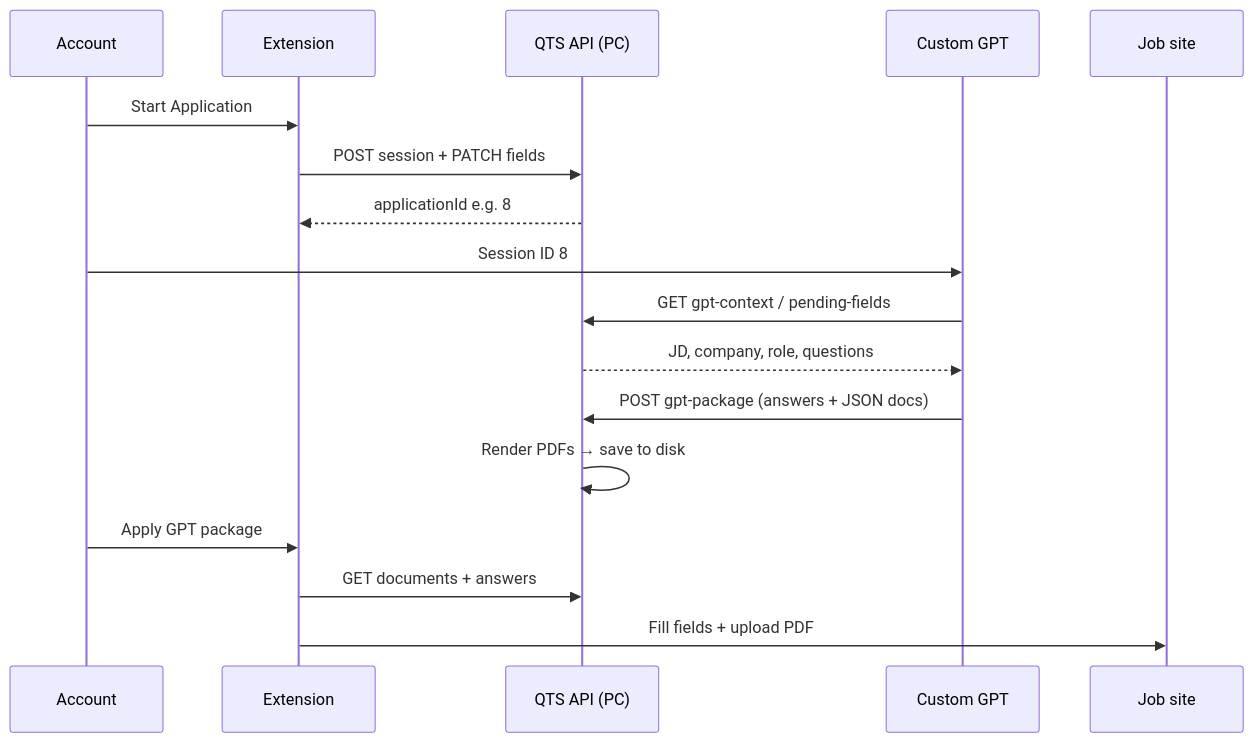
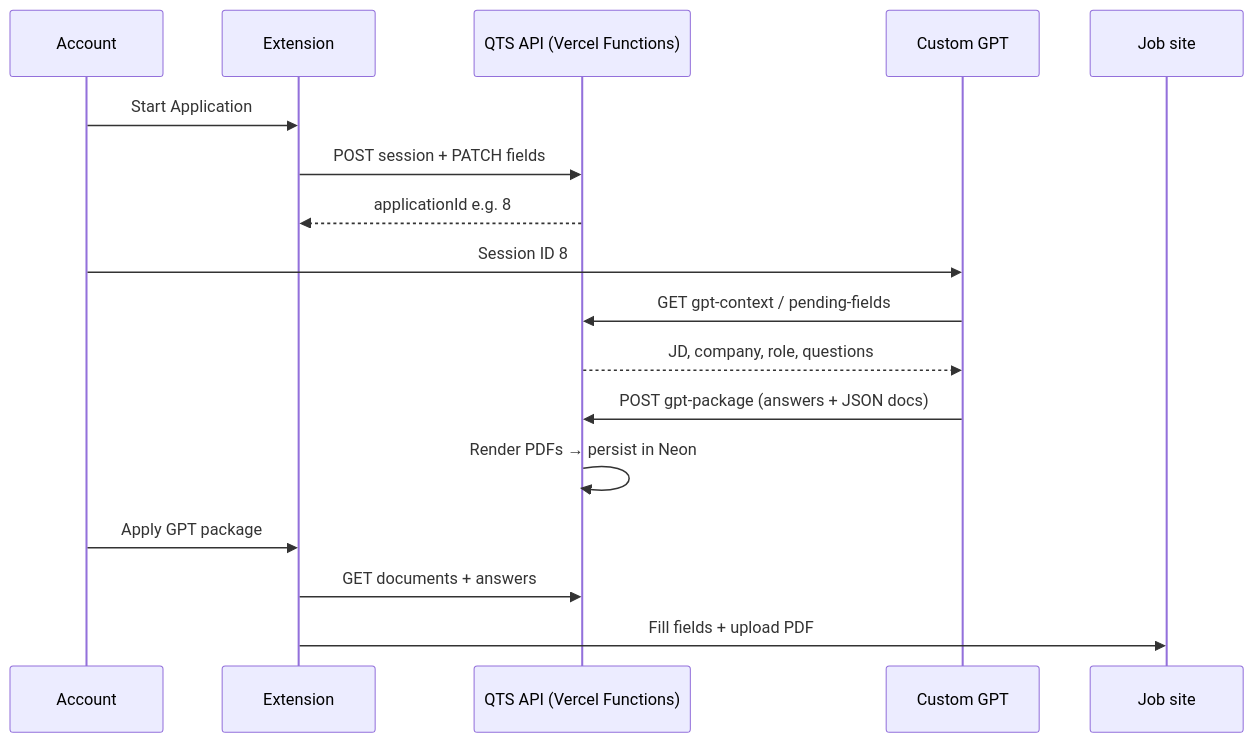
The diagram in QTS-JOB-TRACKING-CUSTOM-GPT-GUIDE.md (passion-programmar/qts-start-up-repository-job-tracking), drawn with Mermaid before and after one commit. The commit also changed other lines of this file and 24 other files, not shown here.

Commit message:
Deploy API on Vercel with Neon

````diff
--- a/QTS-JOB-TRACKING-CUSTOM-GPT-GUIDE.md
+++ b/QTS-JOB-TRACKING-CUSTOM-GPT-GUIDE.md
@@ -67,20 +67,20 @@
 ```mermaid
 sequenceDiagram
   participant Account
   participant Extension
-  participant API as QTS API (PC)
+  participant API as QTS API (Vercel Functions)
   participant GPT as Custom GPT
   participant Site as Job site
 
   Account->>Extension: Start Application
   Extension->>API: POST session + PATCH fields
   API-->>Extension: applicationId e.g. 8
   Account->>GPT: Session ID 8
   GPT->>API: GET gpt-context / pending-fields
   API-->>GPT: JD, company, role, questions
   GPT->>API: POST gpt-package (answers + JSON docs)
-  API->>API: Render PDFs → save to disk
+  API->>API: Render PDFs → persist in Neon
   Account->>Extension: Apply GPT package
   Extension->>API: GET documents + answers
   Extension->>Site: Fill fields + upload PDF
 ```
````
